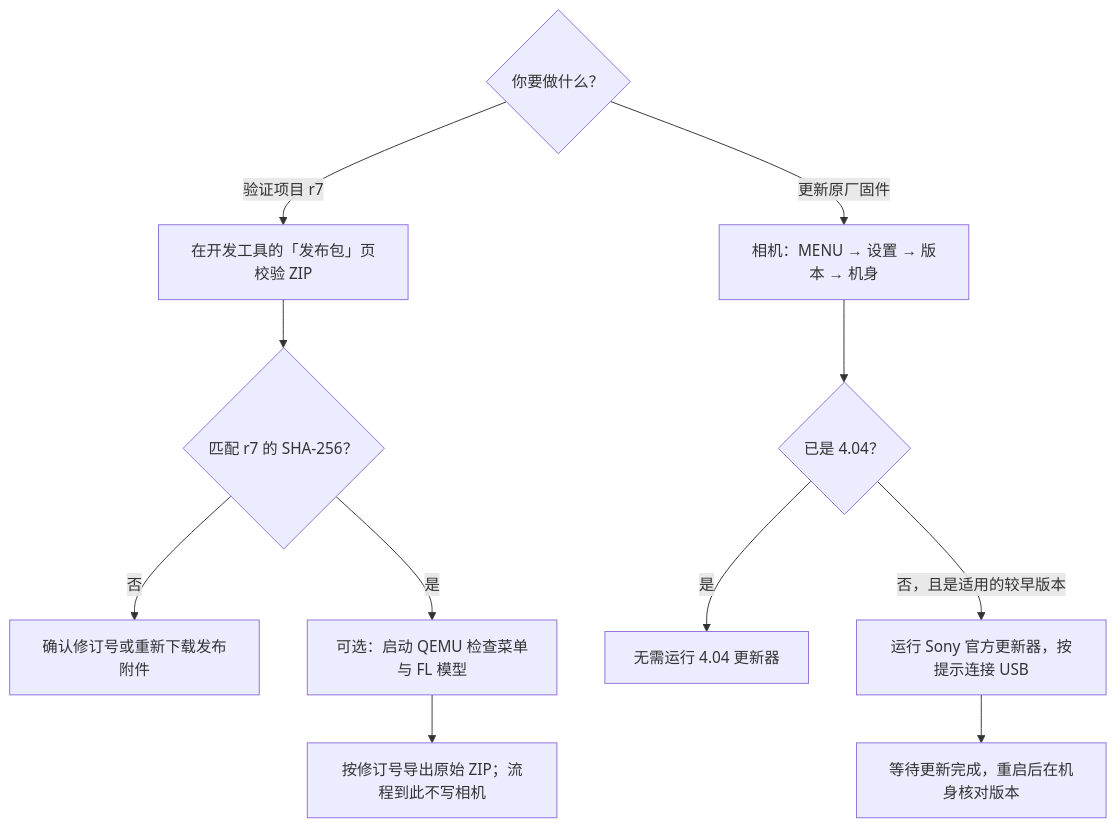
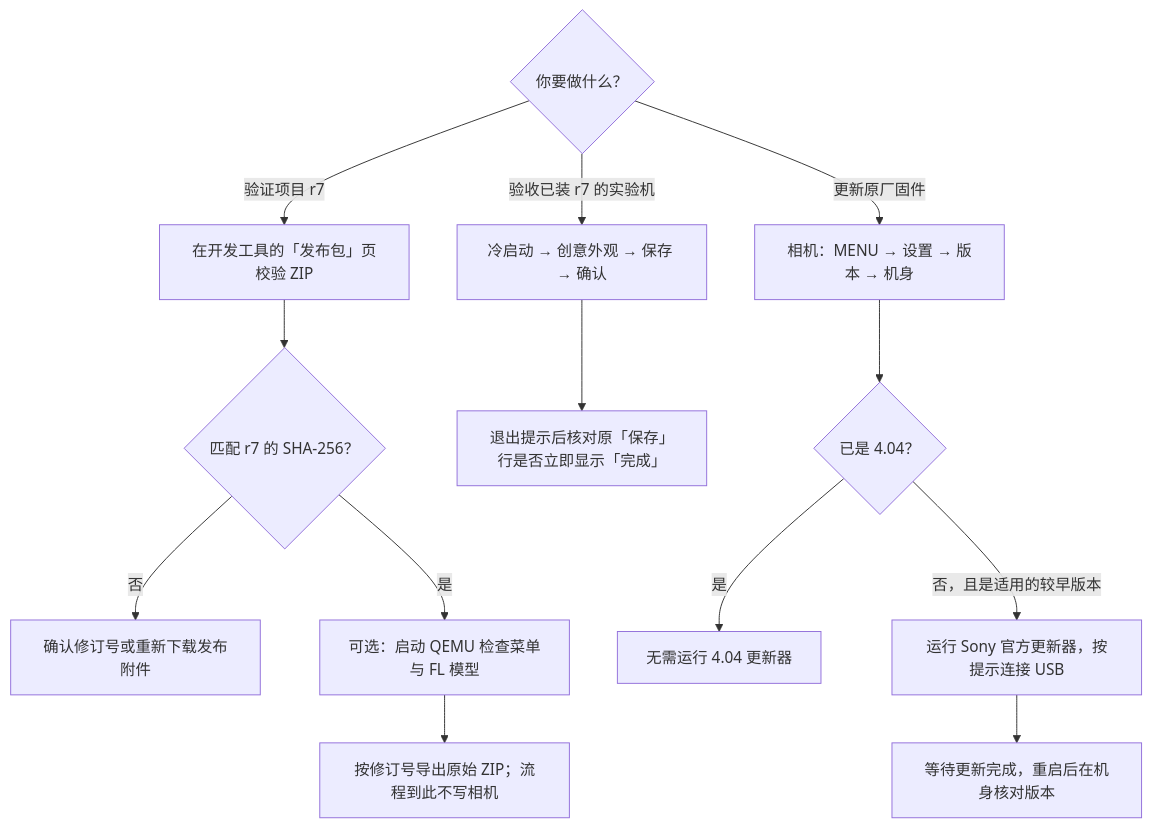
Before and after one commit to robinshie/Sony_A7M3: the diagram in docs/release-workflow.md, drawn with Mermaid. The commit also changed other lines of this file, not shown here.

````diff
--- a/docs/release-workflow.md
+++ b/docs/release-workflow.md
@@ -5,15 +5,18 @@
 ```mermaid
 flowchart TD
     A{"你要做什么？"}
     A -->|"验证项目 r7"| P["在开发工具的「发布包」页校验 ZIP"]
     P --> B{"匹配 r7 的 SHA-256？"}
     B -->|"否"| X["确认修订号或重新下载发布附件"]
     B -->|"是"| Q["可选：启动 QEMU 检查菜单与 FL 模型"]
     Q --> E["按修订号导出原始 ZIP；流程到此不写相机"]
 
+    A -->|"验收已装 r7 的实验机"| I["冷启动 → 创意外观 → 保存 → 确认"]
+    I --> J["退出提示后核对原「保存」行是否立即显示「完成」"]
+
     A -->|"更新原厂固件"| V["相机：MENU → 设置 → 版本 → 机身"]
     V --> C{"已是 4.04？"}
     C -->|"是"| N["无需运行 4.04 更新器"]
     C -->|"否，且是适用的较早版本"| S["运行 Sony 官方更新器，按提示连接 USB"]
     S --> R["等待更新完成，重启后在机身核对版本"]
 ```
````
